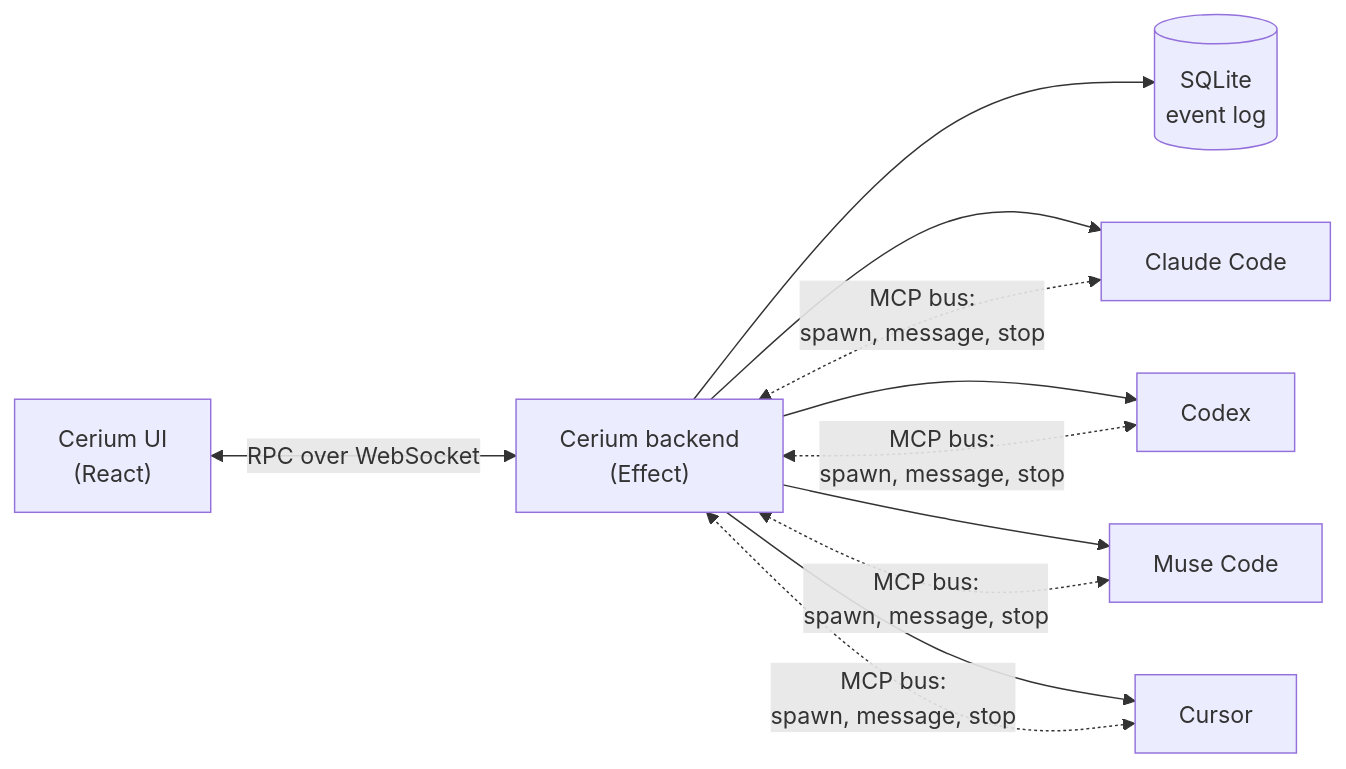
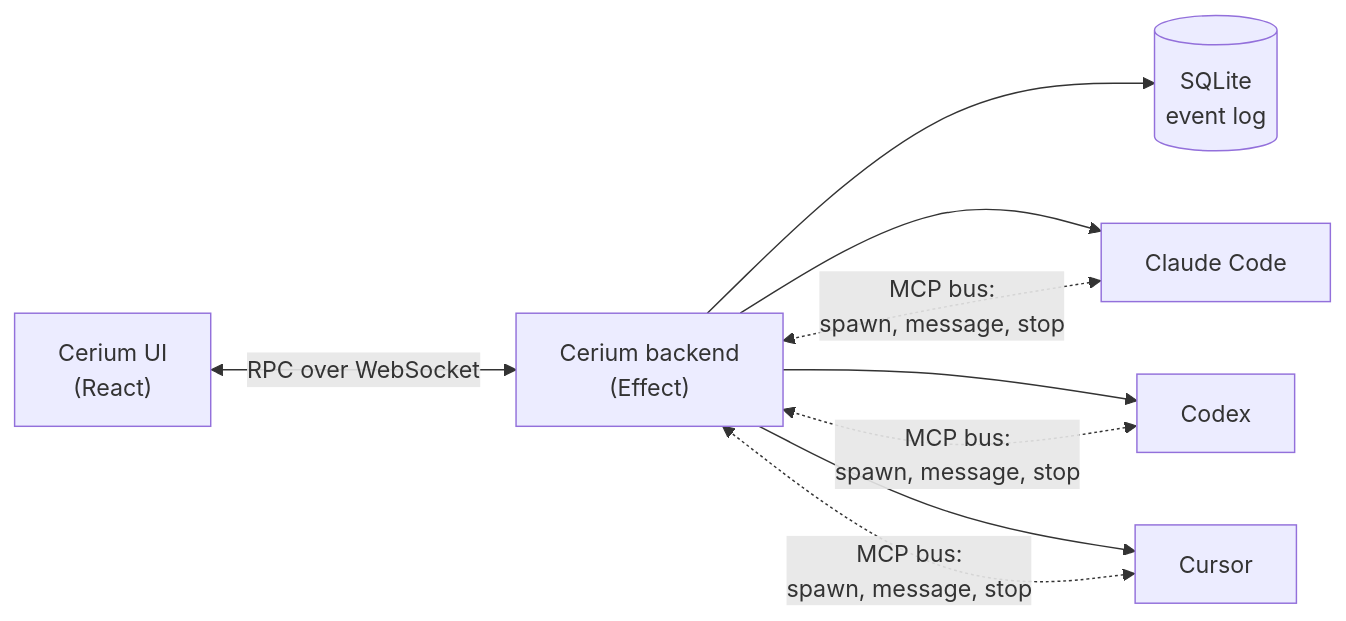
One commit to CeriumHQ/cerium changed the diagram in README.md. Above: the diagram before and after it, drawn with Mermaid. The commit also changed other lines of this file and 11 other files, not shown here.

````diff
--- a/README.md
+++ b/README.md
@@ -157,10 +158,9 @@
 ```mermaid
 flowchart LR
   UI["Cerium UI<br/>(React)"] <-- "RPC over WebSocket" --> Backend["Cerium backend<br/>(Effect)"]
   Backend --> Store[("SQLite<br/>event log")]
   Backend --> Claude["Claude Code"]
   Backend --> Codex["Codex"]
-  Backend --> Muse["Muse Code"]
   Backend --> Cursor["Cursor"]
-  Claude & Codex & Muse & Cursor <-. "MCP bus:<br/>spawn, message, stop" .-> Backend
+  Claude & Codex & Cursor <-. "MCP bus:<br/>spawn, message, stop" .-> Backend
 ```
````
